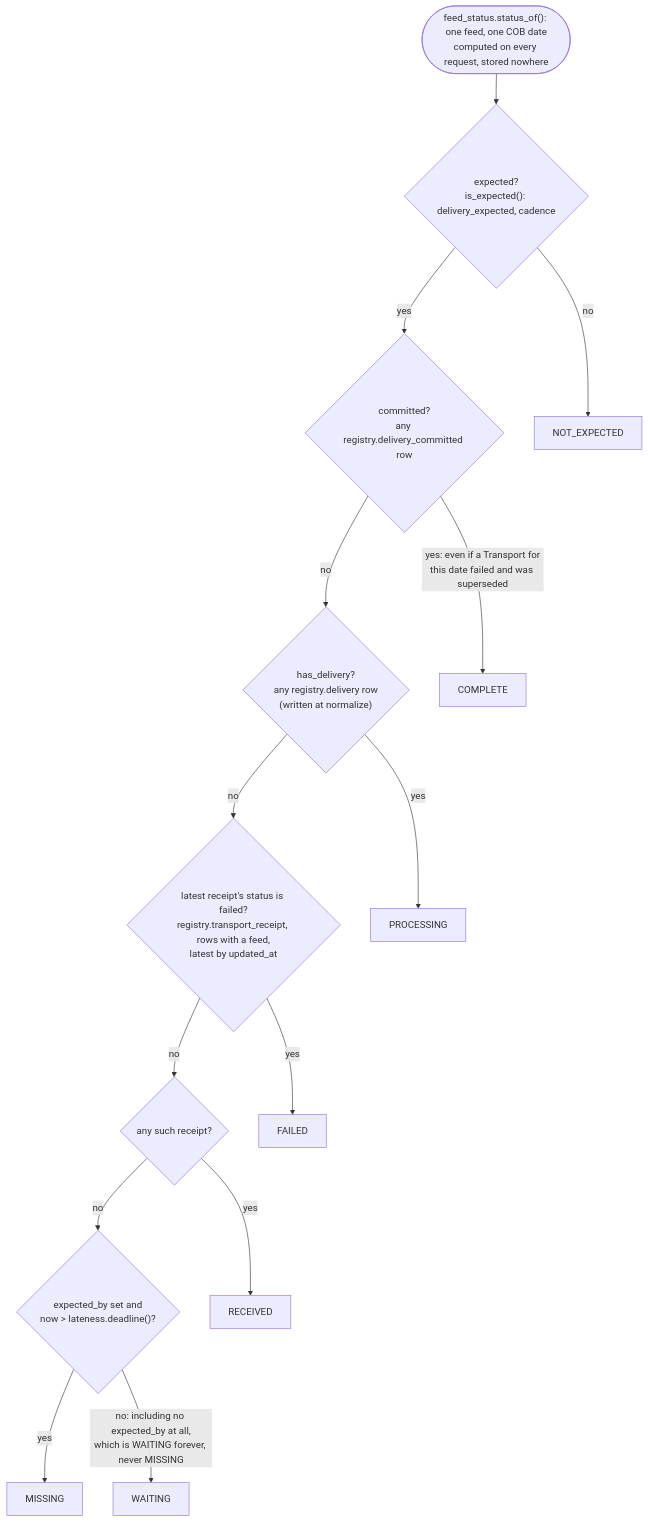
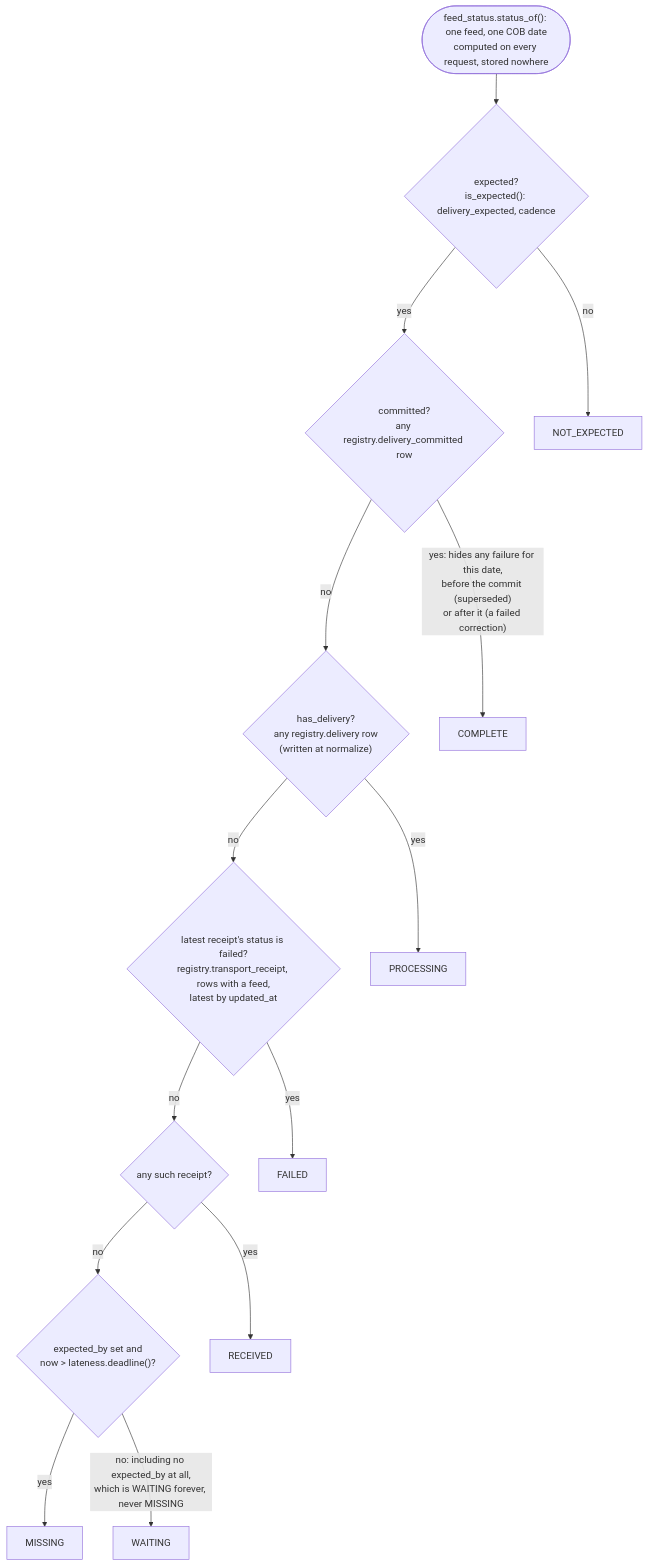
Before and after one commit to RichardFellows/reporting-platform-local: the first of 2 diagrams in docs/OPERATIONAL-CONTROL-PLANE.md, drawn with Mermaid. The commit also changed other lines of this file and 2 other files, not shown here.

````diff
--- a/docs/OPERATIONAL-CONTROL-PLANE.md
+++ b/docs/OPERATIONAL-CONTROL-PLANE.md
@@ -103,30 +103,30 @@
 ```mermaid
 flowchart TD
     start(["feed_status.status_of(): one feed, one COB date<br/>computed on every request, stored nowhere"])
     q1{"expected?<br/>is_expected(): delivery_expected, cadence"}
     q2{"committed?<br/>any registry.delivery_committed row"}
     q3{"has_delivery?<br/>any registry.delivery row<br/>(written at normalize)"}
     q4{"latest receipt's status is failed?<br/>registry.transport_receipt, rows with a feed,<br/>latest by updated_at"}
     q5{"any such receipt?"}
     q6{"expected_by set and<br/>now > lateness.deadline()?"}
     NE[NOT_EXPECTED]
     C[COMPLETE]
     P[PROCESSING]
     F[FAILED]
     R[RECEIVED]
     M[MISSING]
     W[WAITING]
     start --> q1
     q1 -- no --> NE
     q1 -- yes --> q2
-    q2 -- "yes: even if a Transport for<br/>this date failed and was superseded" --> C
+    q2 -- "yes: hides any failure for this date,<br/>before the commit (superseded)<br/>or after it (a failed correction)" --> C
     q2 -- no --> q3
     q3 -- yes --> P
     q3 -- no --> q4
     q4 -- yes --> F
     q4 -- no --> q5
     q5 -- yes --> R
     q5 -- no --> q6
     q6 -- yes --> M
     q6 -- "no: including no expected_by at all,<br/>which is WAITING forever, never MISSING" --> W
 ```
````
